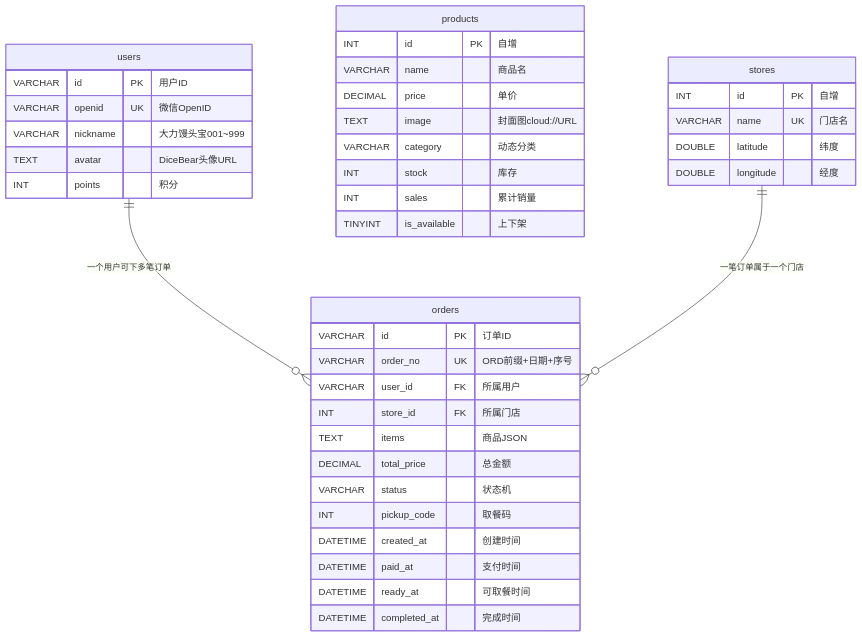
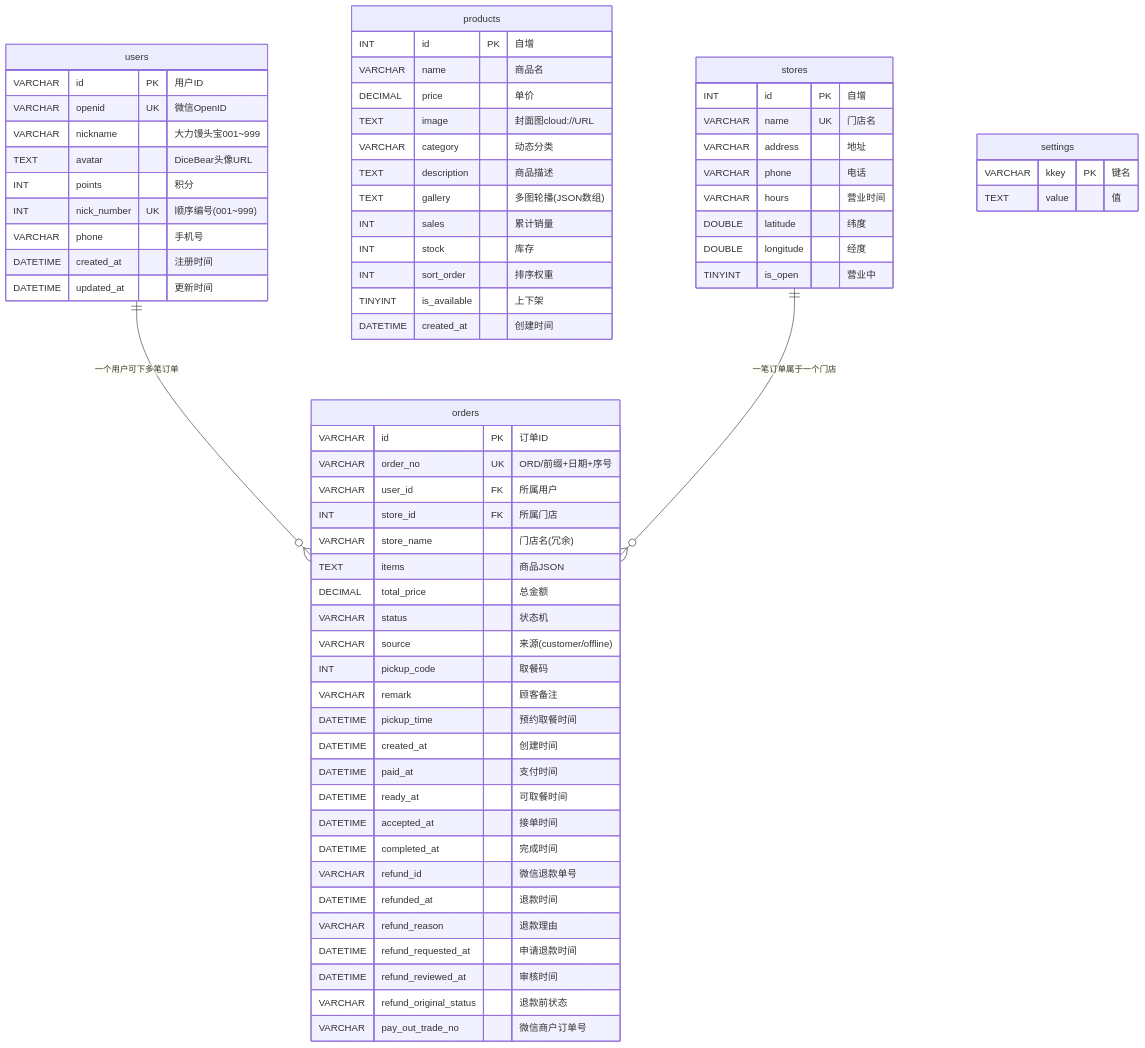
The fourth of 4 diagrams in README.md (zip-Wu/tasty_bakery), drawn with Mermaid before and after one commit. The commit also changed other lines of this file and 8 other files, not shown here.

````diff
--- a/README.md
+++ b/README.md
@@ -208,46 +251,75 @@
 ```mermaid
 erDiagram
     users {
         VARCHAR id PK "用户ID"
         VARCHAR openid UK "微信OpenID"
         VARCHAR nickname "大力馒头宝001~999"
         TEXT avatar "DiceBear头像URL"
         INT points "积分"
+        INT nick_number UK "顺序编号(001~999)"
+        VARCHAR phone "手机号"
+        DATETIME created_at "注册时间"
+        DATETIME updated_at "更新时间"
     }
 
     products {
         INT id PK "自增"
         VARCHAR name "商品名"
         DECIMAL price "单价"
         TEXT image "封面图cloud://URL"
         VARCHAR category "动态分类"
+        TEXT description "商品描述"
+        TEXT gallery "多图轮播(JSON数组)"
+        INT sales "累计销量"
         INT stock "库存"
-        INT sales "累计销量"
+        INT sort_order "排序权重"
         TINYINT is_available "上下架"
+        DATETIME created_at "创建时间"
     }
 
     stores {
         INT id PK "自增"
         VARCHAR name UK "门店名"
+        VARCHAR address "地址"
+        VARCHAR phone "电话"
+        VARCHAR hours "营业时间"
         DOUBLE latitude "纬度"
         DOUBLE longitude "经度"
+        TINYINT is_open "营业中"
     }
 
     orders {
         VARCHAR id PK "订单ID"
-        VARCHAR order_no UK "ORD前缀+日期+序号"
+        VARCHAR order_no UK "ORD/前缀+日期+序号"
         VARCHAR user_id FK "所属用户"
         INT store_id FK "所属门店"
+        VARCHAR store_name "门店名(冗余)"
         TEXT items "商品JSON"
         DECIMAL total_price "总金额"
         VARCHAR status "状态机"
+        VARCHAR source "来源(customer/offline)"
         INT pickup_code "取餐码"
+        VARCHAR remark "顾客备注"
+        DATETIME pickup_time "预约取餐时间"
         DATETIME created_at "创建时间"
         DATETIME paid_at "支付时间"
         DATETIME ready_at "可取餐时间"
+        DATETIME accepted_at "接单时间"
         DATETIME completed_at "完成时间"
+        VARCHAR refund_id "微信退款单号"
+        DATETIME refunded_at "退款时间"
+        VARCHAR refund_reason "退款理由"
+        DATETIME refund_requested_at "申请退款时间"
+        DATETIME refund_reviewed_at "审核时间"
+        VARCHAR refund_original_status "退款前状态"
+        VARCHAR pay_out_trade_no "微信商户订单号"
     }
 
     users ||--o{ orders : "一个用户可下多笔订单"
     stores ||--o{ orders : "一笔订单属于一个门店"
+
+    settings {
+        VARCHAR kkey PK "键名"
+        TEXT value "值"
+    }
 ```
````
